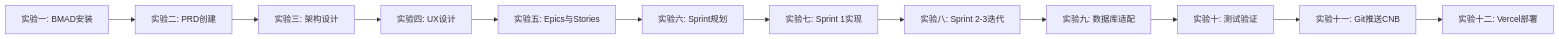
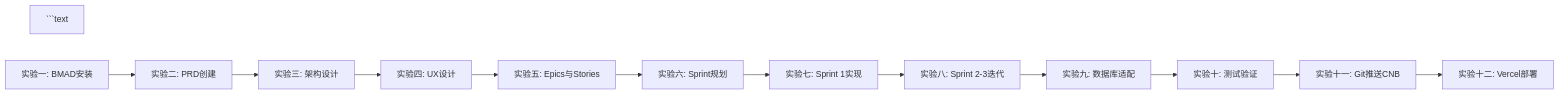
Before and after one commit to shawsicau-create/smartbanking: the first of 4 diagrams in webversion/src/content/docs/labs/bmad-crm.md, drawn with Mermaid. The commit also changed other lines of this file and 14 other files, not shown here.

First line of the commit message:
fix: 全站修复缩进内容渲染——框线图→代码块+对齐文本→GFM表格

````diff
--- a/webversion/src/content/docs/labs/bmad-crm.md
+++ b/webversion/src/content/docs/labs/bmad-crm.md
@@ -41,14 +41,15 @@
 ```mermaid
 graph LR
-    A[实验一: BMAD安装] --> B[实验二: PRD创建]
-    B --> C[实验三: 架构设计]
-    C --> D[实验四: UX设计]
-    D --> E[实验五: Epics与Stories]
-    E --> F[实验六: Sprint规划]
-    F --> G[实验七: Sprint 1实现]
-    G --> H[实验八: Sprint 2-3迭代]
-    H --> I[实验九: 数据库适配]
-    I --> J[实验十: 测试验证]
-    J --> K[实验十一: Git推送CNB]
-    K --> L[实验十二: Vercel部署]
+```text
+A[实验一: BMAD安装] --> B[实验二: PRD创建]
+B --> C[实验三: 架构设计]
+C --> D[实验四: UX设计]
+D --> E[实验五: Epics与Stories]
+E --> F[实验六: Sprint规划]
+F --> G[实验七: Sprint 1实现]
+G --> H[实验八: Sprint 2-3迭代]
+H --> I[实验九: 数据库适配]
+I --> J[实验十: 测试验证]
+J --> K[实验十一: Git推送CNB]
+K --> L[实验十二: Vercel部署]
 ```
````
